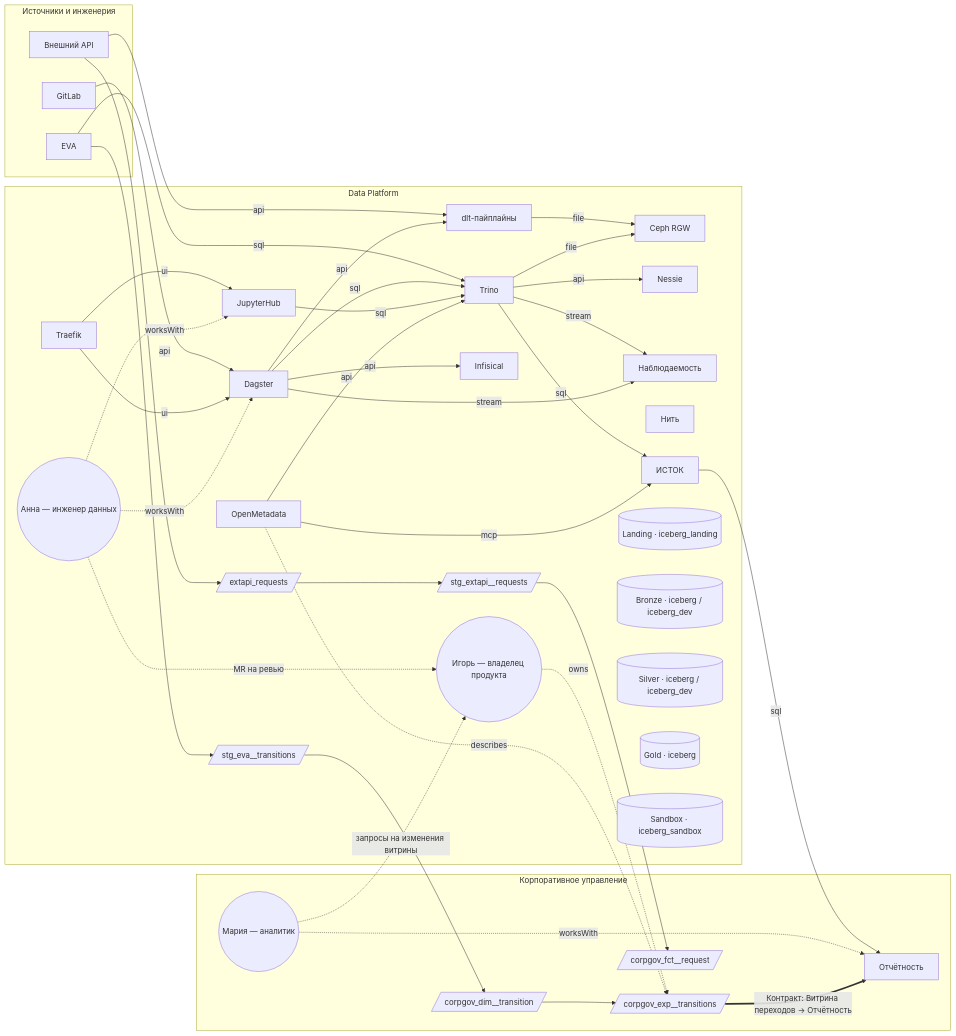
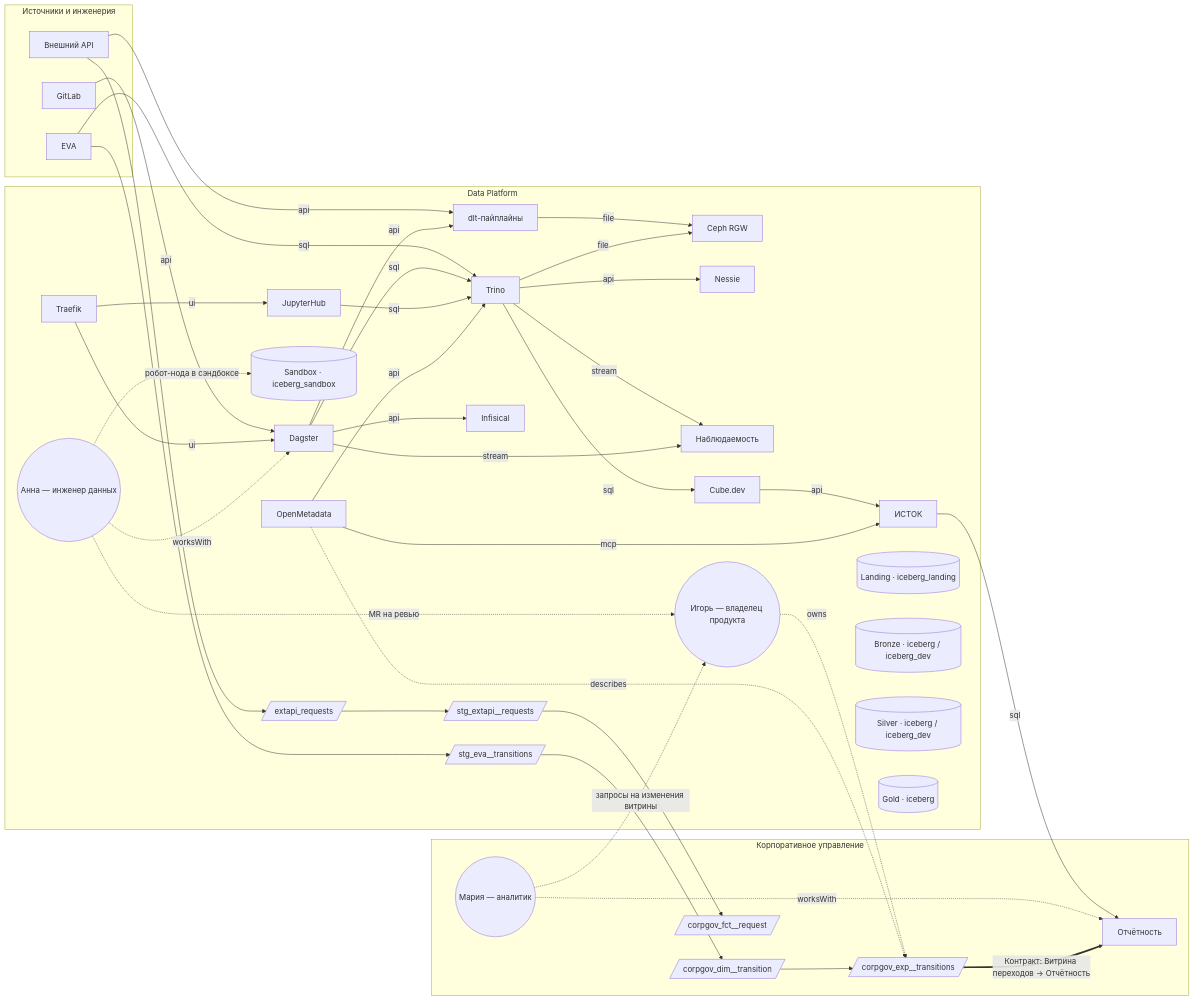
One commit to em-art/Data-City changed the first of 4 diagrams in docs/model.md. Above: the diagram before and after it, drawn with Mermaid. The commit also changed other lines of this file and 26 other files, not shown here.

First line of the commit message:
Rework the district metaphor: Nessie belt, Landing warehouse, Cube.dev dock

````diff
--- a/docs/model.md
+++ b/docs/model.md
@@ -7,71 +7,72 @@
 ```mermaid
 flowchart LR
   subgraph dom_data["Data Platform"]
     sys_traefik["Traefik"]
     sys_trino["Trino"]
     sys_dagster["Dagster"]
     sys_ceph["Ceph RGW"]
     sys_nessie["Nessie"]
     sys_dlt["dlt-пайплайны"]
     sys_jupyter["JupyterHub"]
     sys_infisical["Infisical"]
     sys_observability["Наблюдаемость"]
     sys_metadata["OpenMetadata"]
-    sys_nit["Нить"]
+    sys_cube["Cube.dev"]
     sys_istok["ИСТОК"]
     layer_landing[("Landing · iceberg_landing")]
     layer_bronze[("Bronze · iceberg / iceberg_dev")]
     layer_silver[("Silver · iceberg / iceberg_dev")]
     layer_gold[("Gold · iceberg")]
     layer_sandbox[("Sandbox · iceberg_sandbox")]
     emp_data_engineer(("Анна — инженер данных"))
     emp_product_owner(("Игорь — владелец продукта"))
     dp_stg_eva_transitions[/"stg_eva__transitions"/]
     dp_landing_extapi_requests[/"extapi_requests"/]
     dp_stg_extapi_requests[/"stg_extapi__requests"/]
   end
   subgraph dom_technical["Источники и инженерия"]
     sys_eva["EVA"]
     sys_extapi["Внешний API"]
     sys_gitlab["GitLab"]
   end
   subgraph dom_corpgov["Корпоративное управление"]
     sys_bi["Отчётность"]
     emp_analyst(("Мария — аналитик"))
     dp_corpgov_dim_transition[/"corpgov_dim__transition"/]
     dp_corpgov_exp_transitions[/"corpgov_exp__transitions"/]
     dp_corpgov_fct_request[/"corpgov_fct__request"/]
   end
   sys_eva --> dp_stg_eva_transitions
   dp_stg_eva_transitions --> dp_corpgov_dim_transition
   dp_corpgov_dim_transition --> dp_corpgov_exp_transitions
   sys_extapi --> dp_landing_extapi_requests
   dp_landing_extapi_requests --> dp_stg_extapi_requests
   dp_stg_extapi_requests --> dp_corpgov_fct_request
   sys_eva -- "sql" --> sys_trino
   sys_extapi -- "api" --> sys_dlt
   sys_dlt -- "file" --> sys_ceph
   sys_trino -- "file" --> sys_ceph
   sys_trino -- "api" --> sys_nessie
   sys_dagster -- "sql" --> sys_trino
   sys_dagster -- "api" --> sys_dlt
   sys_gitlab -- "api" --> sys_dagster
   sys_traefik -- "ui" --> sys_dagster
   sys_traefik -- "ui" --> sys_jupyter
   sys_jupyter -- "sql" --> sys_trino
   sys_dagster -- "api" --> sys_infisical
   sys_trino -- "stream" --> sys_observability
   sys_dagster -- "stream" --> sys_observability
-  sys_trino -- "sql" --> sys_istok
+  sys_trino -- "sql" --> sys_cube
+  sys_cube -- "api" --> sys_istok
   sys_istok -- "sql" --> sys_bi
   sys_metadata -- "api" --> sys_trino
   sys_metadata -- "mcp" --> sys_istok
   emp_product_owner -. "owns" .-> dp_corpgov_exp_transitions
   emp_data_engineer -. "worksWith" .-> sys_dagster
-  emp_data_engineer -. "worksWith" .-> sys_jupyter
   emp_analyst -. "worksWith" .-> sys_bi
   sys_metadata -. "describes" .-> dp_corpgov_exp_transitions
   emp_data_engineer -. "MR на ревью" .-> emp_product_owner
   emp_analyst -. "запросы на изменения витрины" .-> emp_product_owner
+  emp_data_engineer -. "робот-нода в сэндбоксе" .-> layer_sandbox
   dp_corpgov_exp_transitions == "Контракт: Витрина переходов → Отчётность" ==> sys_bi
 ```
````
